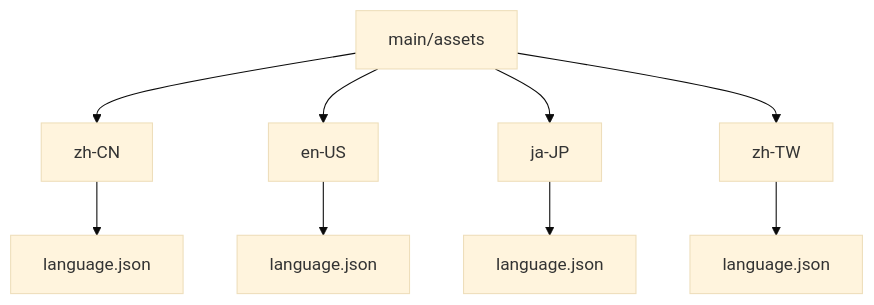
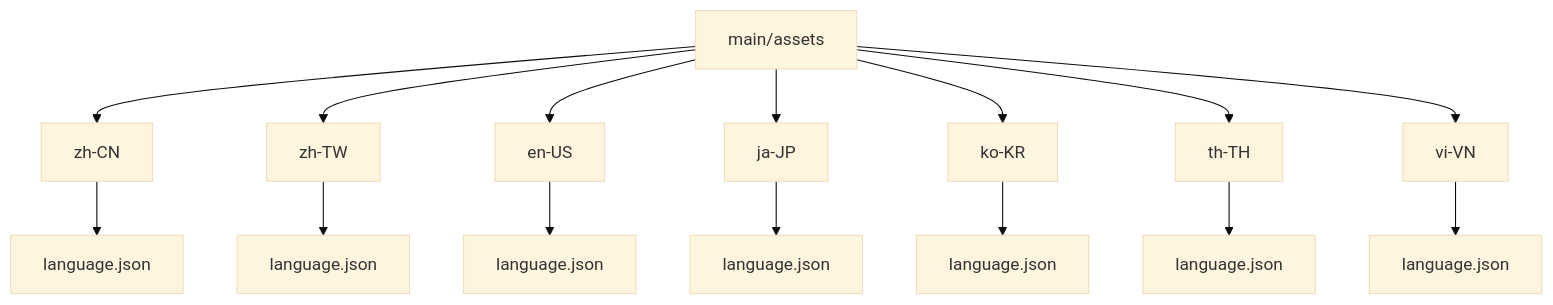
One commit to Chris-websketch/xiaozhi-esp32 changed the first of 2 diagrams in docs/wiki/多语言支持.md. Above: the diagram before and after it, drawn with Mermaid (base theme). The commit also changed other lines of this file and 54 other files, not shown here.

````diff
--- a/docs/wiki/多语言支持.md
+++ b/docs/wiki/多语言支持.md
@@ -33,11 +45,17 @@
 ```mermaid
 graph TD
 A[main/assets] --> B[zh-CN]
-A --> C[en-US]
-A --> D[ja-JP]
-A --> E[zh-TW]
-B --> F[language.json]
-C --> G[language.json]
-D --> H[language.json]
-E --> I[language.json]
+A --> C[zh-TW]
+A --> D[en-US]
+A --> E[ja-JP]
+A --> F[ko-KR]
+A --> G[th-TH]
+A --> H[vi-VN]
+B --> I[language.json]
+C --> J[language.json]
+D --> K[language.json]
+E --> L[language.json]
+F --> M[language.json]
+G --> N[language.json]
+H --> O[language.json]
 ```
````
